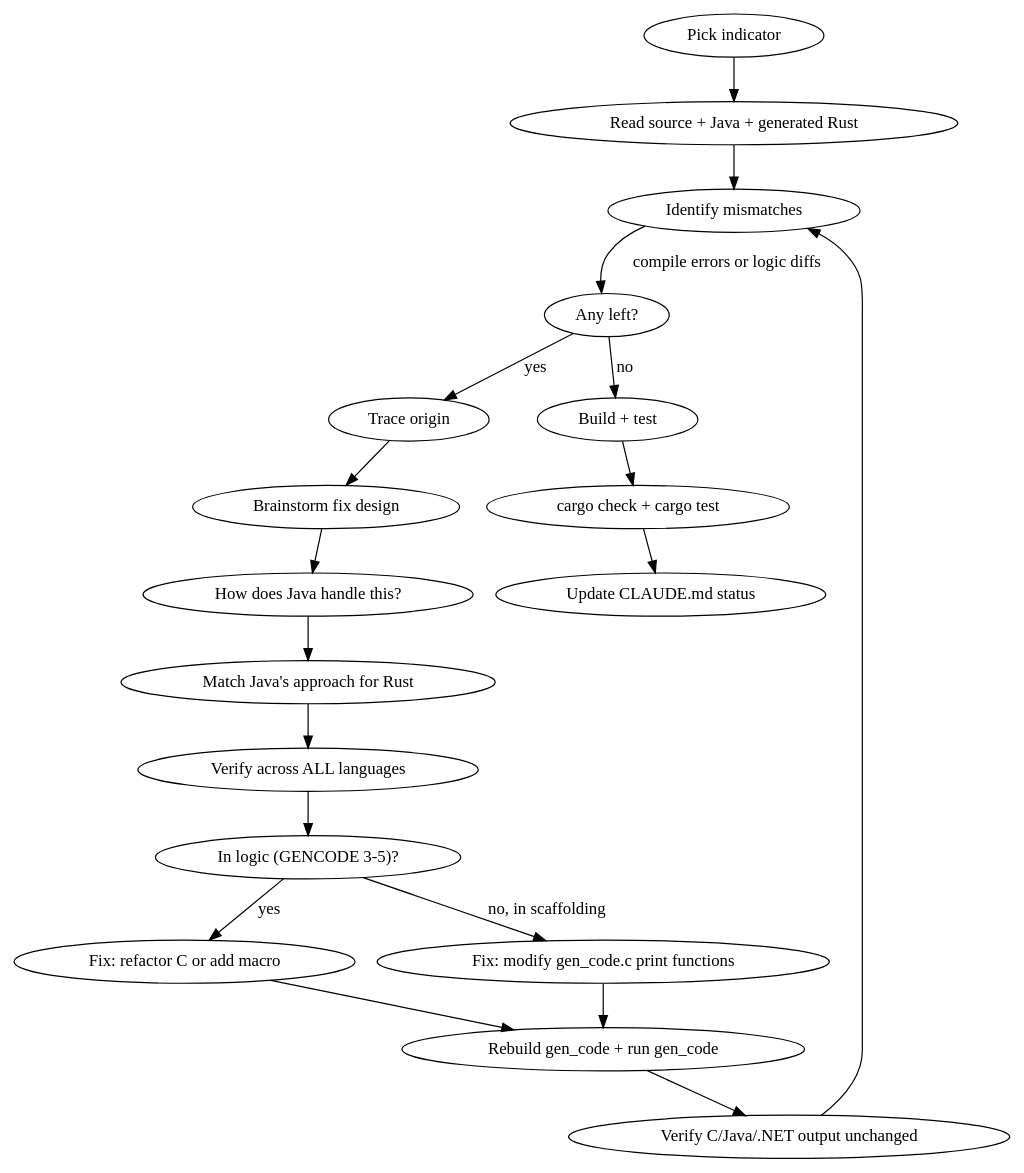
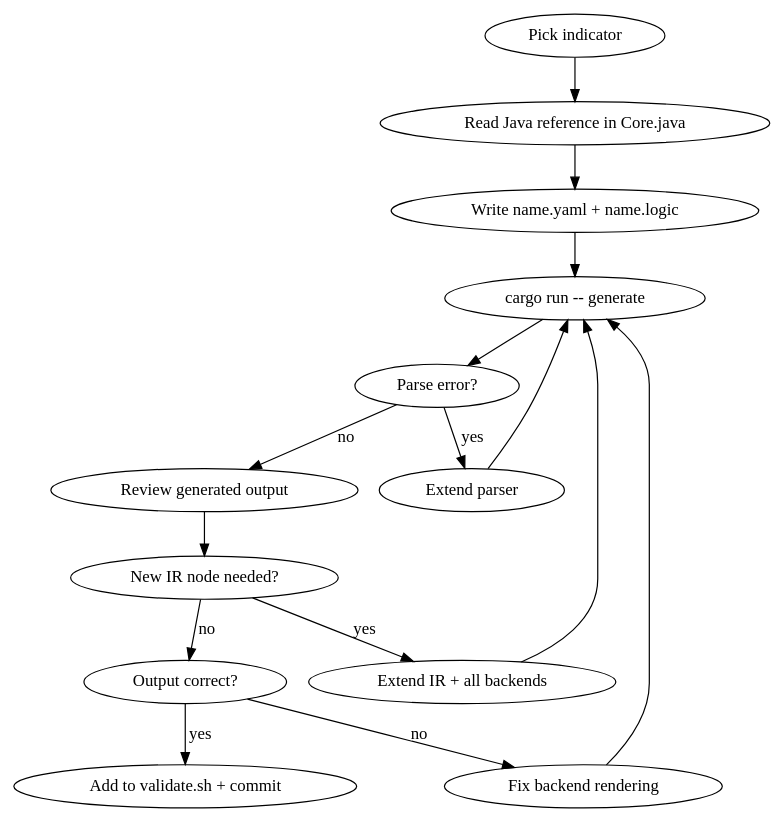
Before and after one commit to 786980206/ta-lib: the diagram in .claude/skills/convert-indicator/SKILL.md, drawn with Graphviz. The commit also changed other lines of this file and 1 other file, not shown here.

First line of the commit message:
fix changelog hash + rewrite convert-indicator skill for ta_codegen

````diff
--- a/.claude/skills/convert-indicator/SKILL.md
+++ b/.claude/skills/convert-indicator/SKILL.md
@@ -74,22 +17,18 @@
 ```dot
 digraph convert {
-  "Pick indicator" -> "Read source + Java + generated Rust";
-  "Read source + Java + generated Rust" -> "Identify mismatches";
-  "Identify mismatches" -> "Any left?" [label="compile errors or logic diffs"];
-  "Any left?" -> "Trace origin" [label="yes"];
-  "Any left?" -> "Build + test" [label="no"];
-  "Trace origin" -> "Brainstorm fix design";
-  "Brainstorm fix design" -> "How does Java handle this?";
-  "How does Java handle this?" -> "Match Java's approach for Rust";
-  "Match Java's approach for Rust" -> "Verify across ALL languages";
-  "Verify across ALL languages" -> "In logic (GENCODE 3-5)?" [shape=diamond];
-  "In logic (GENCODE 3-5)?" -> "Fix: refactor C or add macro" [label="yes"];
-  "In logic (GENCODE 3-5)?" -> "Fix: modify gen_code.c print functions" [label="no, in scaffolding"];
-  "Fix: refactor C or add macro" -> "Rebuild gen_code + run gen_code";
-  "Fix: modify gen_code.c print functions" -> "Rebuild gen_code + run gen_code";
-  "Rebuild gen_code + run gen_code" -> "Verify C/Java/.NET output unchanged";
-  "Verify C/Java/.NET output unchanged" -> "Identify mismatches";
-  "Build + test" -> "cargo check + cargo test";
-  "cargo check + cargo test" -> "Update CLAUDE.md status";
+    "Pick indicator" -> "Read Java reference in Core.java";
+    "Read Java reference in Core.java" -> "Write name.yaml + name.logic";
+    "Write name.yaml + name.logic" -> "cargo run -- generate";
+    "cargo run -- generate" -> "Parse error?" [shape=diamond];
+    "Parse error?" -> "Extend parser" [label="yes"];
+    "Extend parser" -> "cargo run -- generate";
+    "Parse error?" -> "Review generated output" [label="no"];
+    "Review generated output" -> "New IR node needed?" [shape=diamond];
+    "New IR node needed?" -> "Extend IR + all backends" [label="yes"];
+    "Extend IR + all backends" -> "cargo run -- generate";
+    "New IR node needed?" -> "Output correct?" [label="no"];
+    "Output correct?" -> "Add to validate.sh + commit" [label="yes"];
+    "Output correct?" -> "Fix backend rendering" [label="no"];
+    "Fix backend rendering" -> "cargo run -- generate";
 }
 ```
````
